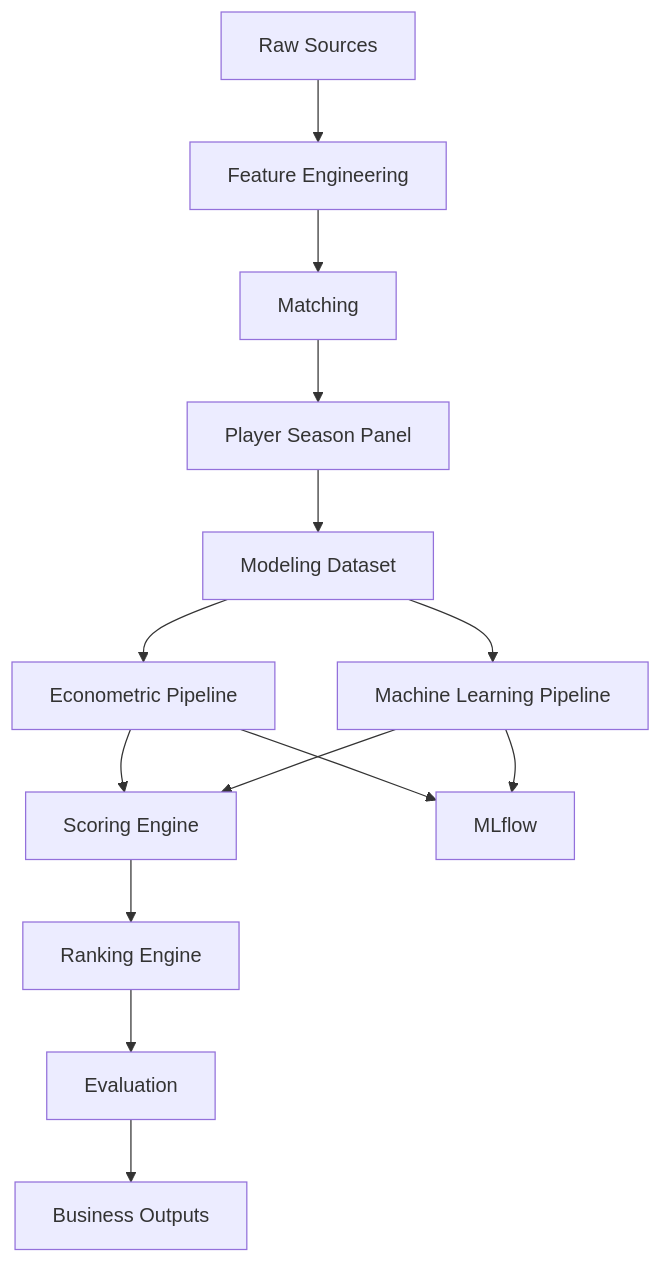
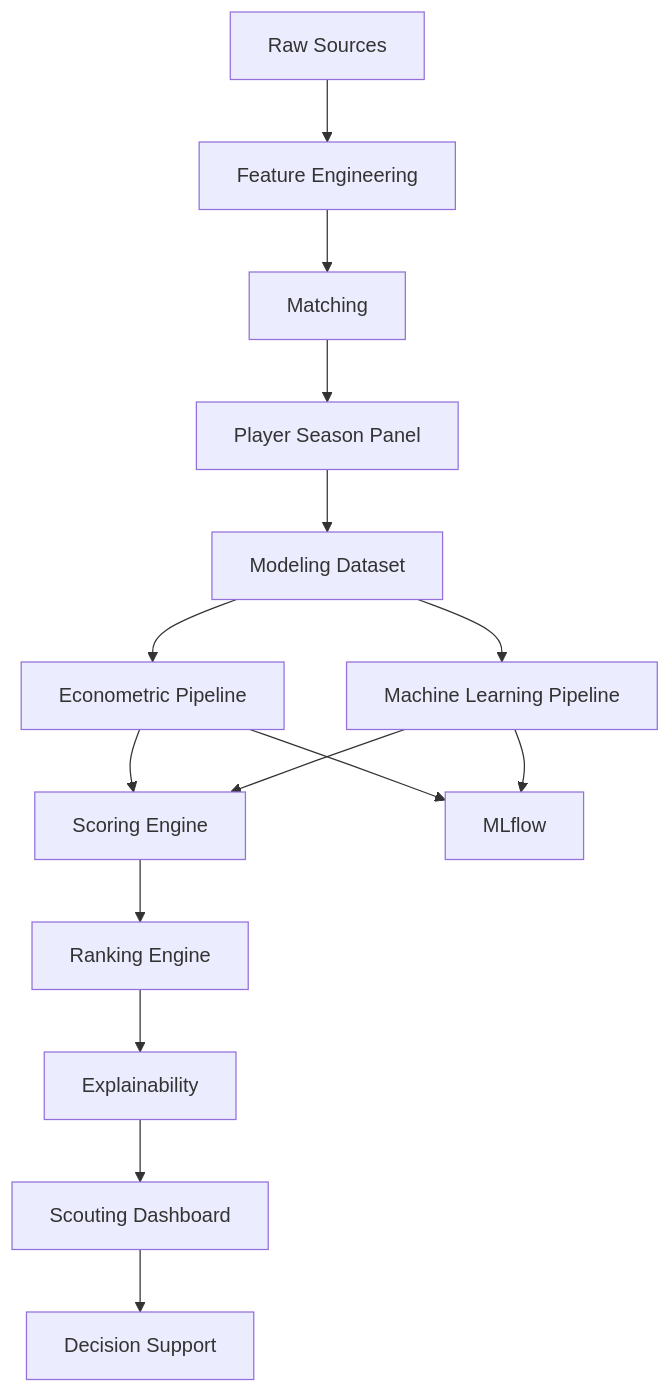
Before and after one commit to manuelpeba/market-value-football-tfm: the diagram in docs/pipeline_reference.md, drawn with Mermaid. The commit also changed other lines of this file and 11 other files, not shown here.

Commit message:
feat: add Sprint 7 scouting dashboard and decision support layer

````diff
--- a/docs/pipeline_reference.md
+++ b/docs/pipeline_reference.md
@@ -43,28 +47,30 @@
 ``` mermaid
 flowchart TD
 
 A[Raw Sources]
 --> B[Feature Engineering]
 
 B --> C[Matching]
 
 C --> D[Player Season Panel]
 
 D --> E[Modeling Dataset]
 
 E --> F[Econometric Pipeline]
 
 E --> G[Machine Learning Pipeline]
 
 F --> H[Scoring Engine]
 G --> H
 
 H --> I[Ranking Engine]
 
-I --> J[Evaluation]
+I --> J[Explainability]
 
-J --> K[Business Outputs]
+J --> K[Scouting Dashboard]
 
-F --> L[MLflow]
-G --> L
+K --> L[Decision Support]
+
+F --> M[MLflow]
+G --> M
 ```
````
